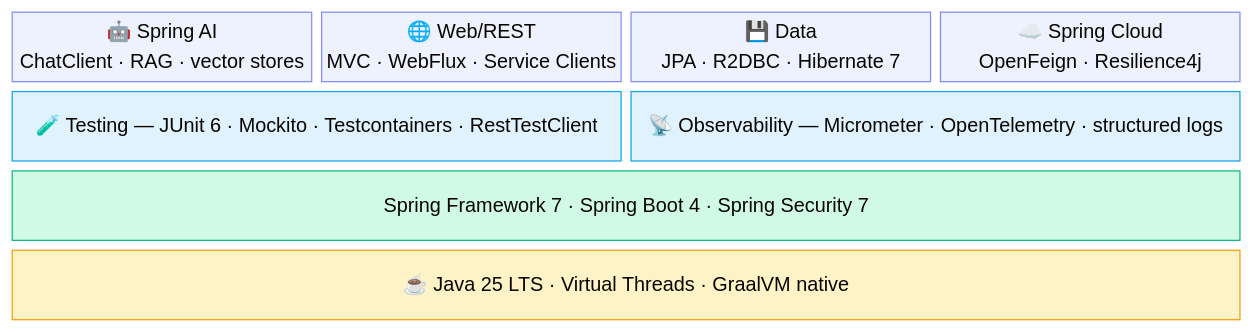
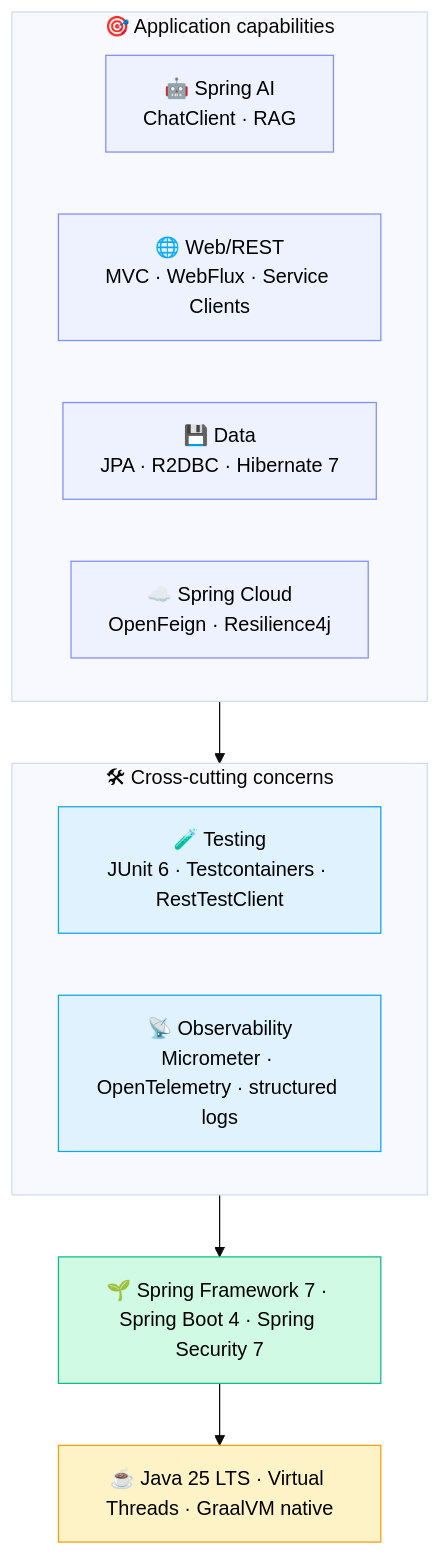
The third of 5 diagrams in src/content/blog/java-roadmap-ai-era/en.md (hanafifirman11/hanafifirman11.github.io), drawn with Mermaid (base theme) before and after one commit. The commit also changed 1 other file, not shown here.

Commit message:
fix: replace block-beta with subgraph flowchart for Spring stack
block-beta doesn't auto-wrap text, so labels with <br/> spilled
across columns (Spring AI / Web/REST / Data / Spring Cloud all
overlapping). Switched to a flowchart with subgraphs grouping
the layers — auto-sizes per node, no overlap, same visual intent.

````diff
--- a/src/content/blog/java-roadmap-ai-era/en.md
+++ b/src/content/blog/java-roadmap-ai-era/en.md
@@ -162,25 +162,30 @@
 ```mermaid
-block-beta
-  columns 4
+flowchart TB
+    subgraph Apps["🎯 Application capabilities"]
+        direction LR
+        AI["🤖 Spring AI<br/>ChatClient · RAG"]
+        Web["🌐 Web/REST<br/>MVC · WebFlux · Service Clients"]
+        Data["💾 Data<br/>JPA · R2DBC · Hibernate 7"]
+        Cloud["☁️ Spring Cloud<br/>OpenFeign · Resilience4j"]
+    end
 
-  AI["🤖 Spring AI<br/>ChatClient · RAG · vector stores"]:1
-  Web["🌐 Web/REST<br/>MVC · WebFlux · Service Clients"]:1
-  Data["💾 Data<br/>JPA · R2DBC · Hibernate 7"]:1
-  Cloud["☁️ Spring Cloud<br/>OpenFeign · Resilience4j"]:1
+    subgraph Cross["🛠 Cross-cutting concerns"]
+        direction LR
+        Test["🧪 Testing<br/>JUnit 6 · Testcontainers · RestTestClient"]
+        Obs["📡 Observability<br/>Micrometer · OpenTelemetry · structured logs"]
+    end
 
-  Test["🧪 Testing — JUnit 6 · Mockito · Testcontainers · RestTestClient"]:2
-  Obs["📡 Observability — Micrometer · OpenTelemetry · structured logs"]:2
+    Frame["🌱 Spring Framework 7 · Spring Boot 4 · Spring Security 7"]
+    JVM["☕ Java 25 LTS · Virtual Threads · GraalVM native"]
 
-  Framework["Spring Framework 7 · Spring Boot 4 · Spring Security 7"]:4
+    Apps --> Cross --> Frame --> JVM
 
-  JVM["☕ Java 25 LTS · Virtual Threads · GraalVM native"]:4
-
-  classDef apps stroke:#818cf8,fill:#eef2ff,color:#000
-  classDef shared stroke:#0ea5e9,fill:#e0f2fe,color:#000
-  classDef base stroke:#10b981,fill:#d1fae5,color:#000
-  classDef jvm stroke:#f59e0b,fill:#fef3c7,color:#000
-  class AI,Web,Data,Cloud apps
-  class Test,Obs shared
-  class Framework base
-  class JVM jvm
+    classDef apps stroke:#818cf8,fill:#eef2ff,color:#000
+    classDef shared stroke:#0ea5e9,fill:#e0f2fe,color:#000
+    classDef base stroke:#10b981,fill:#d1fae5,color:#000
+    classDef jvm stroke:#f59e0b,fill:#fef3c7,color:#000
+    class AI,Web,Data,Cloud apps
+    class Test,Obs shared
+    class Frame base
+    class JVM jvm
 ```
````
